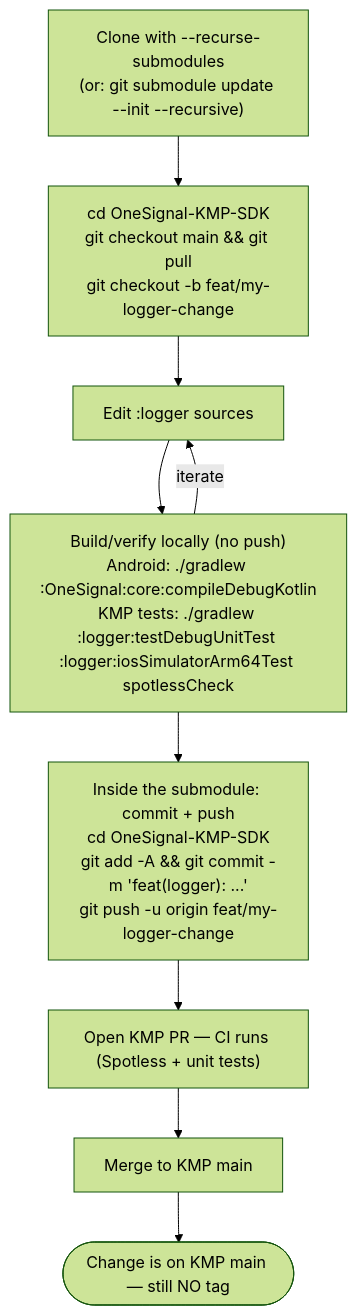
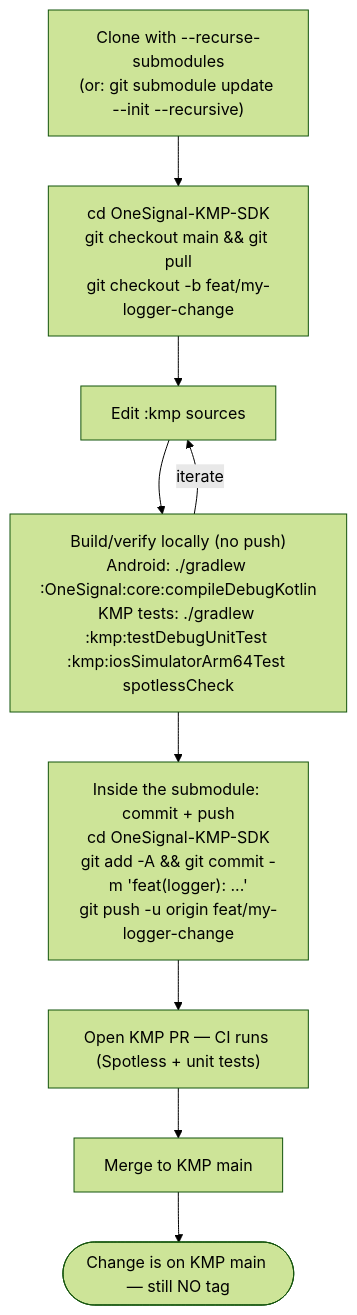
Before and after one commit to OneSignal/OneSignal-Android-SDK: the first of 2 diagrams in CONTRIBUTING.md, drawn with Mermaid (forest theme). The commit also changed other lines of this file and 3 other files, not shown here.

First line of the commit message:
fix(logger): [SDK-4835] adopt publishable com.onesignal:kmp module

````diff
--- a/CONTRIBUTING.md
+++ b/CONTRIBUTING.md
@@ -41,11 +41,11 @@
 ```mermaid
 flowchart TD
     A["Clone with --recurse-submodules<br/>(or: git submodule update --init --recursive)"] --> B["cd OneSignal-KMP-SDK<br/>git checkout main && git pull<br/>git checkout -b feat/my-logger-change"]
-    B --> C["Edit :logger sources"]
-    C --> D["Build/verify locally (no push)<br/>Android: ./gradlew :OneSignal:core:compileDebugKotlin<br/>KMP tests: ./gradlew :logger:testDebugUnitTest :logger:iosSimulatorArm64Test spotlessCheck"]
+    B --> C["Edit :kmp sources"]
+    C --> D["Build/verify locally (no push)<br/>Android: ./gradlew :OneSignal:core:compileDebugKotlin<br/>KMP tests: ./gradlew :kmp:testDebugUnitTest :kmp:iosSimulatorArm64Test spotlessCheck"]
     D -->|iterate| C
     D --> E["Inside the submodule: commit + push<br/>cd OneSignal-KMP-SDK<br/>git add -A && git commit -m 'feat(logger): ...'<br/>git push -u origin feat/my-logger-change"]
     E --> F["Open KMP PR — CI runs (Spotless + unit tests)"]
     F --> G["Merge to KMP main"]
     G --> H(["Change is on KMP main — still NO tag"])
 ```
````
